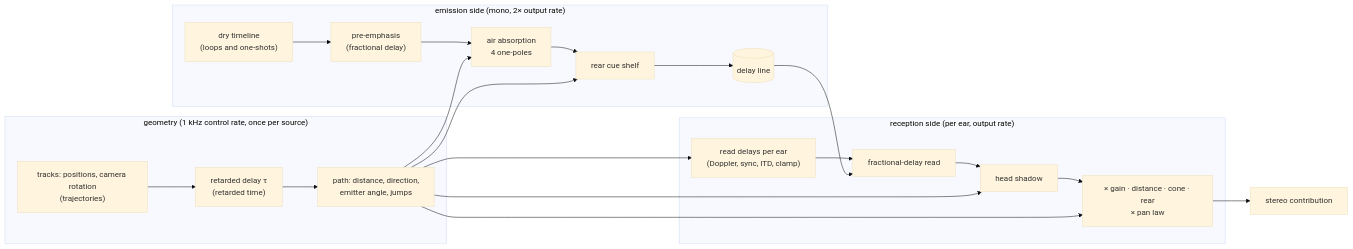
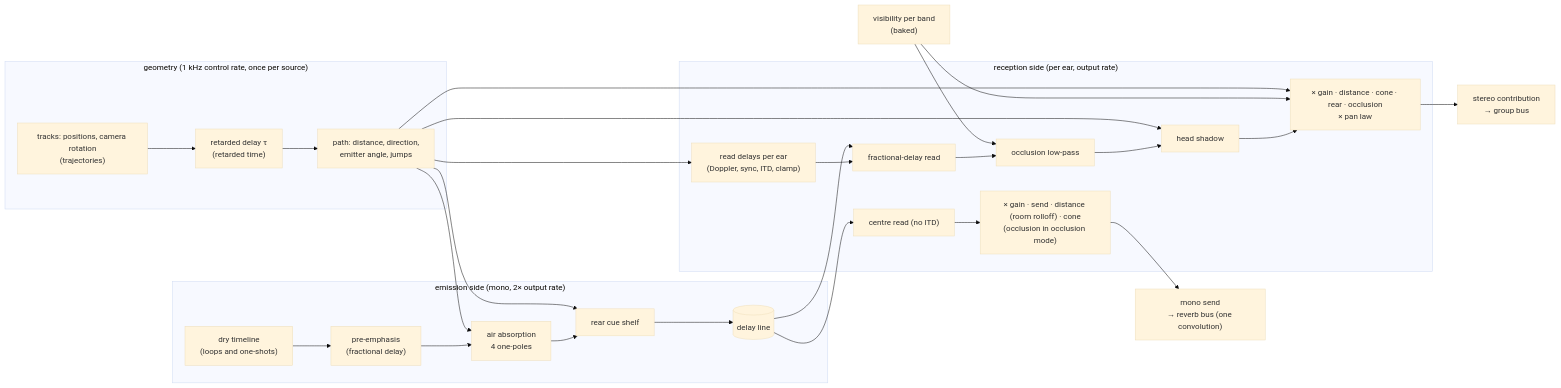
One commit to Agents-Robots/soundstage changed the first of 2 diagrams in research/models/processing-chain.md. Above: the diagram before and after it, drawn with Mermaid (base theme). The commit also changed other lines of this file and 66 other files, not shown here.

````diff
--- a/research/models/processing-chain.md
+++ b/research/models/processing-chain.md
@@ -10,25 +10,31 @@
 ```mermaid
 flowchart LR
     subgraph geometry["geometry (1 kHz control rate, once per source)"]
         T["tracks: positions, camera rotation<br/>(trajectories)"] --> R["retarded delay τ<br/>(retarded time)"]
         R --> P["path: distance, direction,<br/>emitter angle, jumps"]
     end
     subgraph emission["emission side (mono, 2× output rate)"]
         D["dry timeline<br/>(loops and one-shots)"] --> PE["pre-emphasis<br/>(fractional delay)"]
         PE --> AIR["air absorption<br/>4 one-poles"]
         AIR --> REAR["rear cue shelf"]
         REAR --> DL[("delay line")]
     end
     subgraph reception["reception side (per ear, output rate)"]
         RD["read delays per ear<br/>(Doppler, sync, ITD, clamp)"] --> FD["fractional-delay read"]
         DL --> FD
-        FD --> HS["head shadow"]
-        HS --> G["× gain · distance · cone · rear<br/>× pan law"]
+        FD --> OCC["occlusion low-pass"]
+        OCC --> HS["head shadow"]
+        HS --> G["× gain · distance · cone · rear · occlusion<br/>× pan law"]
+        DL --> SR["centre read (no ITD)"]
+        SR --> SG["× gain · send · distance (room rolloff) · cone<br/>(occlusion in occlusion mode)"]
     end
+    V["visibility per band<br/>(baked)"] --> OCC
+    V --> G
     P --> RD
     P --> AIR
     P --> REAR
     P --> HS
     P --> G
-    G --> OUT["stereo contribution"]
+    G --> OUT["stereo contribution<br/>→ group bus"]
+    SG --> SEND["mono send<br/>→ reverb bus (one convolution)"]
 ```
````
